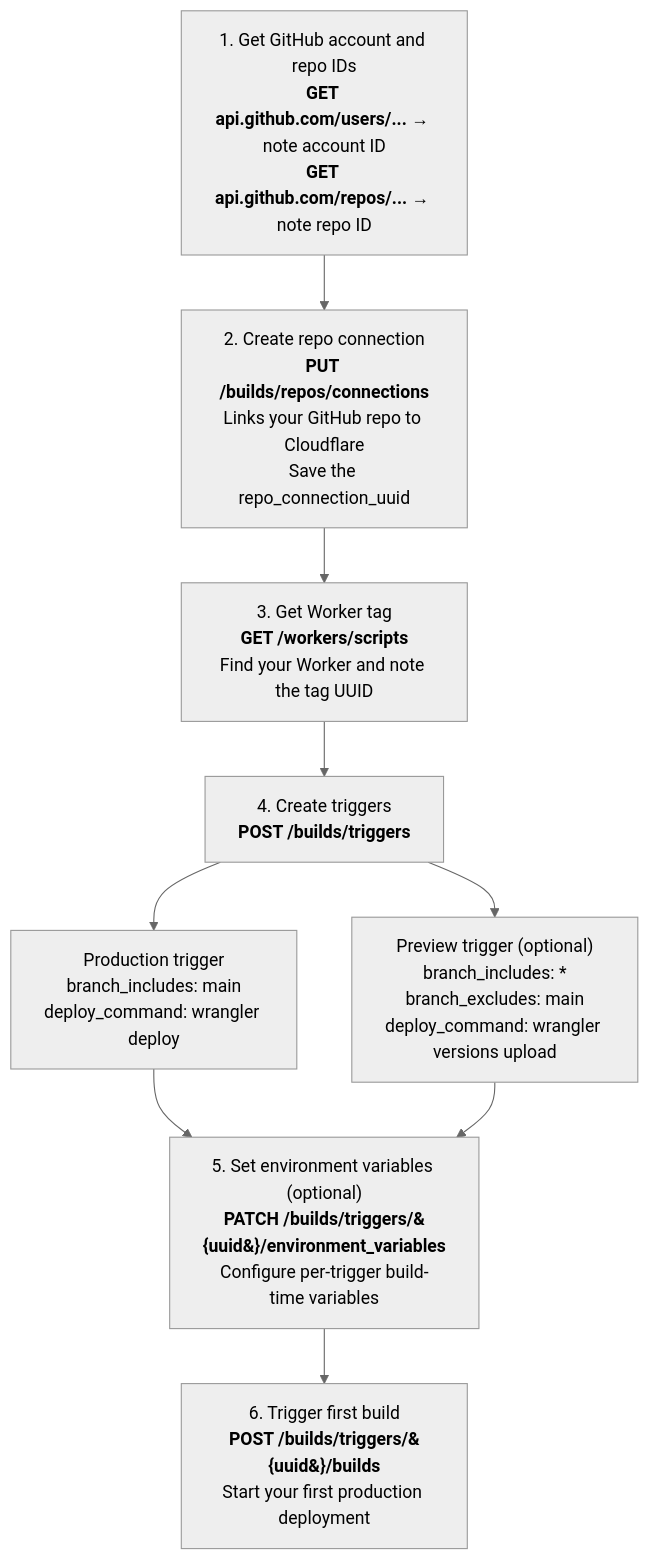
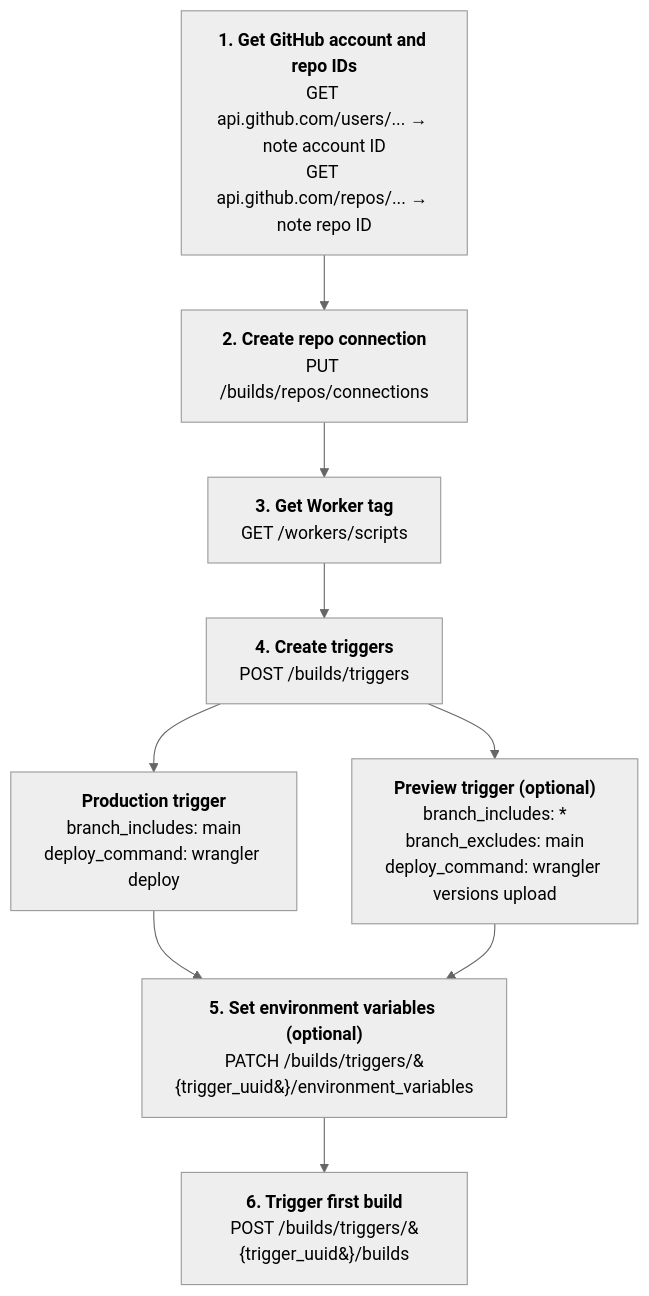
The second of 3 diagrams in src/content/docs/workers/ci-cd/builds/api-reference.mdx (cloudflare/cloudflare-docs), drawn with Mermaid (neutral theme) before and after one commit. The commit also changed other lines of this file, not shown here.

Commit message:
Fixed 3 Mermaid diagrams: fields, style

````diff
--- a/src/content/docs/workers/ci-cd/builds/api-reference.mdx
+++ b/src/content/docs/workers/ci-cd/builds/api-reference.mdx
@@ -294,11 +294,11 @@
 ```mermaid
 flowchart TD
-    A["1. Get GitHub account and repo IDs<br/><strong>GET api.github.com/users/...</strong> → note account ID<br/><strong>GET api.github.com/repos/...</strong> → note repo ID"] --> B["2. Create repo connection<br/><strong>PUT /builds/repos/connections</strong><br/>Links your GitHub repo to Cloudflare<br/>Save the repo_connection_uuid"]
-    B --> C["3. Get Worker tag<br/><strong>GET /workers/scripts</strong><br/>Find your Worker and note the tag UUID"]
-    C --> D["4. Create triggers<br/><strong>POST /builds/triggers</strong>"]
-    D --> D1["Production trigger<br/>branch_includes: main<br/>deploy_command: wrangler deploy"]
-    D --> D2["Preview trigger (optional)<br/>branch_includes: *<br/>branch_excludes: main<br/>deploy_command: wrangler versions upload"]
-    D1 --> E["5. Set environment variables (optional)<br/><strong>PATCH /builds/triggers/&#123;uuid&#125;/environment_variables</strong><br/>Configure per-trigger build-time variables"]
+    A["<strong>1. Get GitHub account and repo IDs</strong><br/>GET api.github.com/users/... → note account ID<br/>GET api.github.com/repos/... → note repo ID"] --> B["<strong>2. Create repo connection</strong><br/>PUT /builds/repos/connections"]
+    B --> C["<strong>3. Get Worker tag</strong><br/>GET /workers/scripts"]
+    C --> D["<strong>4. Create triggers</strong><br/>POST /builds/triggers"]
+    D --> D1["<strong>Production trigger</strong><br/>branch_includes: main<br/>deploy_command: wrangler deploy"]
+    D --> D2["<strong>Preview trigger (optional)</strong><br/>branch_includes: *<br/>branch_excludes: main<br/>deploy_command: wrangler versions upload"]
+    D1 --> E["<strong>5. Set environment variables (optional)</strong><br/>PATCH /builds/triggers/&#123;trigger_uuid&#125;/environment_variables"]
     D2 --> E
-    E --> F["6. Trigger first build<br/><strong>POST /builds/triggers/&#123;uuid&#125;/builds</strong><br/>Start your first production deployment"]
+    E --> F["<strong>6. Trigger first build</strong><br/>POST /builds/triggers/&#123;trigger_uuid&#125;/builds"]
 ```
````
